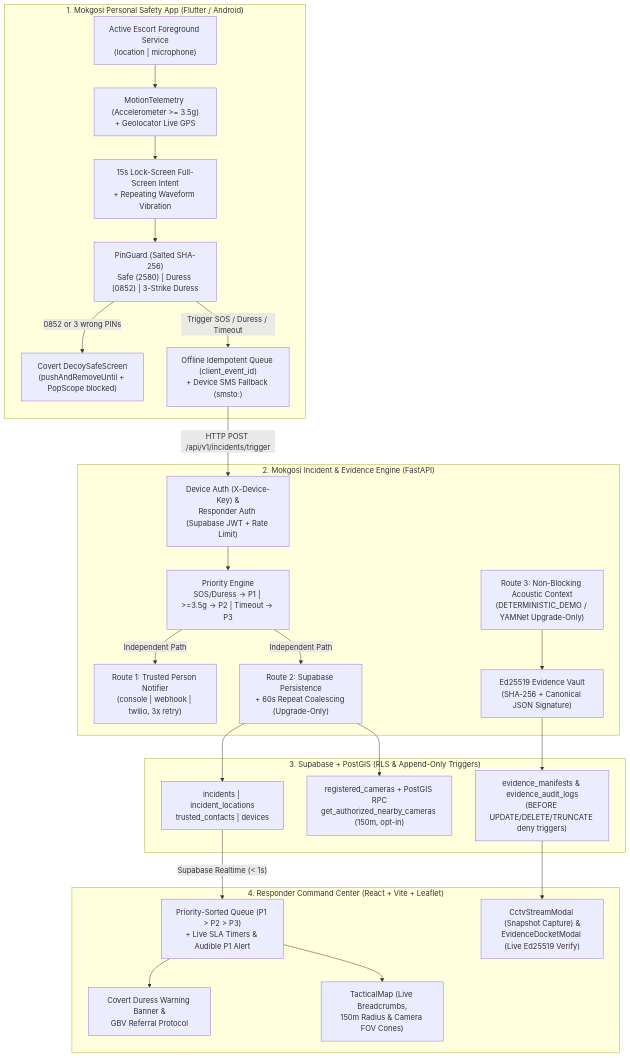
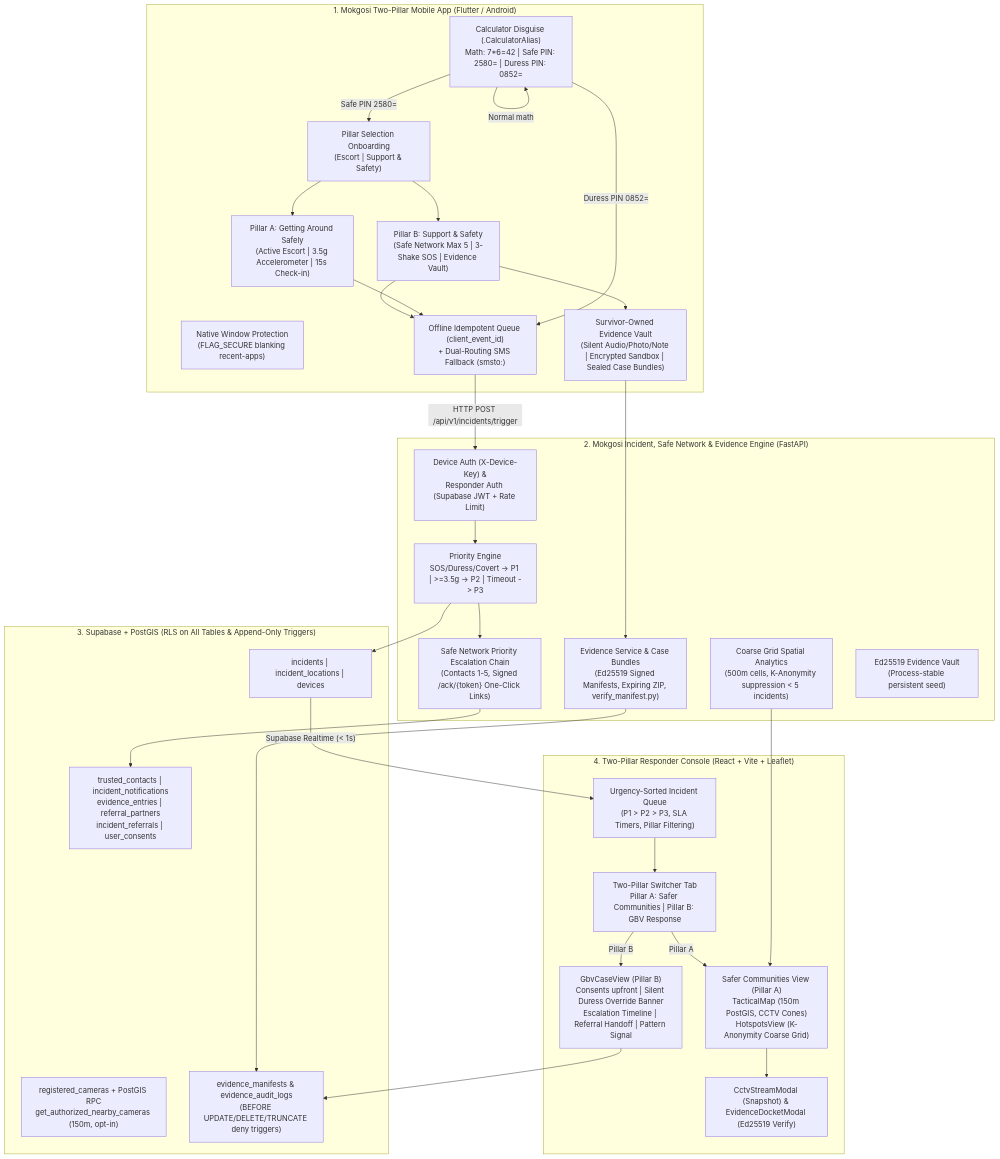
Before and after one commit to ABM-IX/Mokgosi: the diagram in docs/ARCHITECTURE.md, drawn with Mermaid. The commit also changed other lines of this file and 6 other files, not shown here.

````diff
--- a/docs/ARCHITECTURE.md
+++ b/docs/ARCHITECTURE.md
@@ -5,48 +5,58 @@
 ```mermaid
 flowchart TD
-    subgraph Mobile["1. Mokgosi Personal Safety App (Flutter / Android)"]
-        Escort["Active Escort Foreground Service<br/>(location | microphone)"]
-        Sensors["MotionTelemetry (Accelerometer >= 3.5g)<br/>+ Geolocator Live GPS"]
-        Checkin["15s Lock-Screen Full-Screen Intent<br/>+ Repeating Waveform Vibration"]
-        PinGuard["PinGuard (Salted SHA-256)<br/>Safe (2580) | Duress (0852) | 3-Strike Duress"]
-        Decoy["Covert DecoySafeScreen<br/>(pushAndRemoveUntil + PopScope blocked)"]
-        OfflineQ["Offline Idempotent Queue (client_event_id)<br/>+ Device SMS Fallback (smsto:)"]
+    subgraph Mobile["1. Mokgosi Two-Pillar Mobile App (Flutter / Android)"]
+        Onboarding["Pillar Selection Onboarding<br/>(Escort | Support & Safety)"]
+        Disguise["Calculator Disguise (.CalculatorAlias)<br/>Math: 7*6=42 | Safe PIN: 2580= | Duress PIN: 0852="]
+        FlagSecure["Native Window Protection<br/>(FLAG_SECURE blanking recent-apps)"]
+        PillarA_Mob["Pillar A: Getting Around Safely<br/>(Active Escort | 3.5g Accelerometer | 15s Check-in)"]
+        PillarB_Mob["Pillar B: Support & Safety<br/>(Safe Network Max 5 | 3-Shake SOS | Evidence Vault)"]
+        EvidenceMode["Survivor-Owned Evidence Vault<br/>(Silent Audio/Photo/Note | Encrypted Sandbox | Sealed Case Bundles)"]
+        OfflineQ["Offline Idempotent Queue (client_event_id)<br/>+ Dual-Routing SMS Fallback (smsto:)"]
     end
 
-    subgraph Backend["2. Mokgosi Incident & Evidence Engine (FastAPI)"]
+    subgraph Backend["2. Mokgosi Incident, Safe Network & Evidence Engine (FastAPI)"]
         Auth["Device Auth (X-Device-Key) &<br/>Responder Auth (Supabase JWT + Rate Limit)"]
-        Priority["Priority Engine<br/>SOS/Duress -> P1 | >=3.5g -> P2 | Timeout -> P3"]
-        Route1["Route 1: Trusted Person Notifier<br/>(console | webhook | twilio, 3x retry)"]
-        Route2["Route 2: Supabase Persistence<br/>+ 60s Repeat Coalescing (Upgrade-Only)"]
-        Route3["Route 3: Non-Blocking Acoustic Context<br/>(DETERMINISTIC_DEMO / YAMNet Upgrade-Only)"]
-        Vault["Ed25519 Evidence Vault<br/>(SHA-256 + Canonical JSON Signature)"]
+        Priority["Priority Engine<br/>SOS/Duress/Covert -> P1 | >=3.5g -> P2 | Timeout -> P3"]
+        SafeNetwork["Safe Network Priority Escalation Chain<br/>(Contacts 1-5, Signed /ack/{token} One-Click Links)"]
+        EvidenceService["Evidence Service & Case Bundles<br/>(Ed25519 Signed Manifests, Expiring ZIP, verify_manifest.py)"]
+        Analytics["Coarse Grid Spatial Analytics<br/>(500m cells, K-Anonymity suppression < 5 incidents)"]
+        Vault["Ed25519 Evidence Vault<br/>(Process-stable persistent seed)"]
     end
 
-    subgraph Database["3. Supabase + PostGIS (RLS & Append-Only Triggers)"]
-        Tables["incidents | incident_locations<br/>trusted_contacts | devices"]
+    subgraph Database["3. Supabase + PostGIS (RLS on All Tables & Append-Only Triggers)"]
+        CoreTables["incidents | incident_locations | devices"]
+        PillarBTables["trusted_contacts | incident_notifications<br/>evidence_entries | referral_partners<br/>incident_referrals | user_consents"]
         PostGIS["registered_cameras + PostGIS RPC<br/>get_authorized_nearby_cameras (150m, opt-in)"]
         Forensics["evidence_manifests & evidence_audit_logs<br/>(BEFORE UPDATE/DELETE/TRUNCATE deny triggers)"]
     end
 
-    subgraph Dashboard["4. Responder Command Center (React + Vite + Leaflet)"]
-        Queue["Priority-Sorted Queue (P1 > P2 > P3)<br/>+ Live SLA Timers & Audible P1 Alert"]
-        DuressUI["Covert Duress Warning Banner &<br/>GBV Referral Protocol"]
-        Map["TacticalMap (Live Breadcrumbs,<br/>150m Radius & Camera FOV Cones)"]
-        Modals["CctvStreamModal (Snapshot Capture) &<br/>EvidenceDocketModal (Live Ed25519 Verify)"]
+    subgraph Dashboard["4. Two-Pillar Responder Console (React + Vite + Leaflet)"]
+        PillarSwitch["Two-Pillar Switcher Tab<br/>Pillar A: Safer Communities | Pillar B: GBV Response"]
+        Queue["Urgency-Sorted Incident Queue<br/>(P1 > P2 > P3, SLA Timers, Pillar Filtering)"]
+        GbvCase["GbvCaseView (Pillar B)<br/>Consents upfront | Silent Duress Override Banner<br/>Escalation Timeline | Referral Handoff | Pattern Signal"]
+        SaferCase["Safer Communities View (Pillar A)<br/>TacticalMap (150m PostGIS, CCTV Cones)<br/>HotspotsView (K-Anonymity Coarse Grid)"]
+        Modals["CctvStreamModal (Snapshot) & EvidenceDocketModal (Ed25519 Verify)"]
     end
 
-    Escort --> Sensors --> Checkin --> PinGuard
-    PinGuard -->|"0852 or 3 wrong PINs"| Decoy
-    PinGuard -->|"Trigger SOS / Duress / Timeout"| OfflineQ
+    Disguise -->|"Normal math"| Disguise
+    Disguise -->|"Safe PIN 2580="| Onboarding
+    Disguise -->|"Duress PIN 0852="| OfflineQ
+    Onboarding --> PillarA_Mob
+    Onboarding --> PillarB_Mob
+    PillarB_Mob --> EvidenceMode
+    PillarA_Mob --> OfflineQ
+    PillarB_Mob --> OfflineQ
     OfflineQ -->|"HTTP POST /api/v1/incidents/trigger"| Auth
     Auth --> Priority
-    Priority -->|"Independent Path"| Route1
-    Priority -->|"Independent Path"| Route2
-    Route2 --> Tables
-    Route2 --> PostGIS
-    Route3 --> Vault --> Forensics
-    Tables -->|"Supabase Realtime (< 1s)"| Queue
-    Queue --> DuressUI
-    Queue --> Map
-    Forensics --> Modals
+    Priority --> SafeNetwork
+    Priority --> CoreTables
+    SafeNetwork --> PillarBTables
+    EvidenceMode --> EvidenceService --> Forensics
+    Analytics --> SaferCase
+    CoreTables -->|"Supabase Realtime (< 1s)"| Queue
+    Queue --> PillarSwitch
+    PillarSwitch -->|"Pillar A"| SaferCase
+    PillarSwitch -->|"Pillar B"| GbvCase
+    GbvCase --> Forensics
+    SaferCase --> Modals
 ```
````
